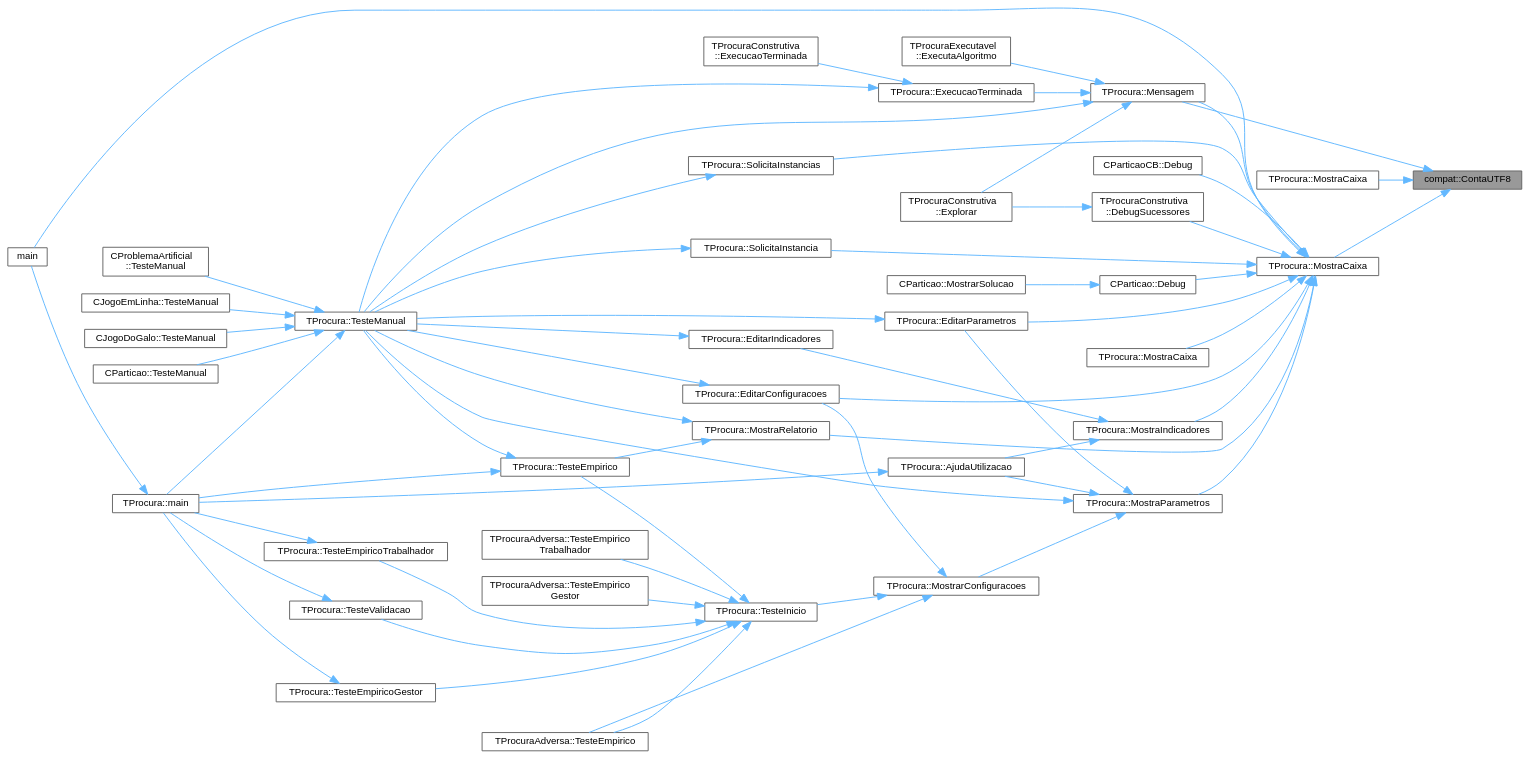
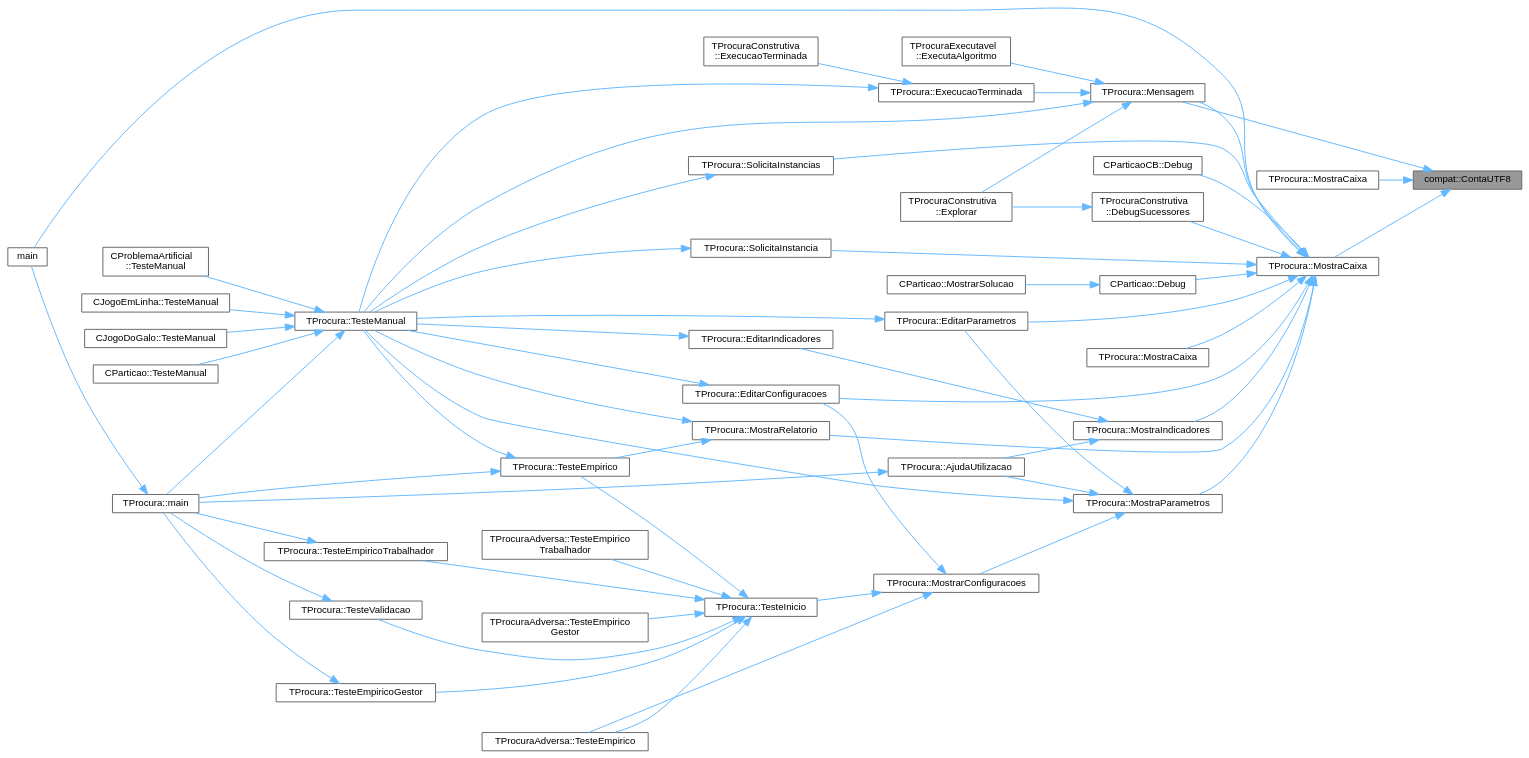
One commit to jcoelho72/TProcura changed the diagram in namespacecompat_a2cc00022a29bc0fc08165228956a10f5_icgraph.dot. Above: the diagram before and after it, drawn with Graphviz. The commit also changed 252 other files, not shown here.

```diff
--- a/namespacecompat_a2cc00022a29bc0fc08165228956a10f5_icgraph.dot
+++ b/namespacecompat_a2cc00022a29bc0fc08165228956a10f5_icgraph.dot
@@ -70,19 +70,19 @@
   Node27 [id="Node000027",label="TProcura::MostrarConfiguracoes",height=0.2,width=0.4,color="grey40", fillcolor="white", style="filled",URL="$classTProcura.html#a3332047124784be2fc7af575a5f7f8b5",tooltip="Mostra as configurações disponíveis."];
   Node27 -> Node20 [id="edge37_Node000027_Node000020",dir="back",color="steelblue1",style="solid",tooltip=" "];
   Node27 -> Node28 [id="edge38_Node000027_Node000028",dir="back",color="steelblue1",style="solid",tooltip=" "];
-  Node28 [id="Node000028",label="TProcuraAdversa::TesteEmpirico",height=0.2,width=0.4,color="grey40", fillcolor="white", style="filled",URL="$classTProcuraAdversa.html#a80cd0f481e853ad9ef5625c6ff4dcc66",tooltip=" "];
+  Node28 [id="Node000028",label="TProcuraAdversa::TesteEmpirico",height=0.2,width=0.4,color="grey40", fillcolor="white", style="filled",URL="$classTProcuraAdversa.html#a28a5f137a2b5aa8d783646d2fbbff511",tooltip="Executa testes empíricos, em todas as configurações guardadas, nas instâncias selecionadas."];
   Node27 -> Node29 [id="edge39_Node000027_Node000029",dir="back",color="steelblue1",style="solid",tooltip=" "];
   Node29 [id="Node000029",label="TProcura::TesteInicio",height=0.2,width=0.4,color="grey40", fillcolor="white", style="filled",URL="$classTProcura.html#a577697338460038138738e87157166af",tooltip="arranque de teste, auxiliar aos Testes Empíricos"];
-  Node29 -> Node28 [id="edge40_Node000029_Node000028",dir="back",color="steelblue1",style="solid",tooltip=" "];
-  Node29 -> Node30 [id="edge41_Node000029_Node000030",dir="back",color="steelblue1",style="solid",tooltip=" "];
+  Node29 -> Node30 [id="edge40_Node000029_Node000030",dir="back",color="steelblue1",style="solid",tooltip=" "];
   Node30 [id="Node000030",label="TProcura::TesteEmpirico",height=0.2,width=0.4,color="grey40", fillcolor="white", style="filled",URL="$classTProcura.html#a8c1c5953b4f1a6425840194f6e849b37",tooltip="Executa testes empíricos, em todas as configurações guardadas, nas instâncias selecionadas."];
-  Node30 -> Node6 [id="edge42_Node000030_Node000006",dir="back",color="steelblue1",style="solid",tooltip=" "];
-  Node30 -> Node5 [id="edge43_Node000030_Node000005",dir="back",color="steelblue1",style="solid",tooltip=" "];
+  Node30 -> Node6 [id="edge41_Node000030_Node000006",dir="back",color="steelblue1",style="solid",tooltip=" "];
+  Node30 -> Node5 [id="edge42_Node000030_Node000005",dir="back",color="steelblue1",style="solid",tooltip=" "];
+  Node29 -> Node28 [id="edge43_Node000029_Node000028",dir="back",color="steelblue1",style="solid",tooltip=" "];
   Node29 -> Node31 [id="edge44_Node000029_Node000031",dir="back",color="steelblue1",style="solid",tooltip=" "];
-  Node31 [id="Node000031",label="TProcuraAdversa::TesteEmpirico\lGestor",height=0.2,width=0.4,color="grey40", fillcolor="white", style="filled",URL="$classTProcuraAdversa.html#ac578f2a2b01d400231f85bfc79f5ae28",tooltip="Teste empírico com modo mestre-escravo (este é o mestre)"];
-  Node29 -> Node32 [id="edge45_Node000029_Node000032",dir="back",color="steelblue1",style="solid",tooltip=" "];
-  Node32 [id="Node000032",label="TProcura::TesteEmpiricoGestor",height=0.2,width=0.4,color="grey40", fillcolor="white", style="filled",URL="$classTProcura.html#af0acd6ff0a8eeeda30577df685ed3fbe",tooltip="Teste empírico com modo mestre-escravo (este é o mestre)"];
-  Node32 -> Node6 [id="edge46_Node000032_Node000006",dir="back",color="steelblue1",style="solid",tooltip=" "];
+  Node31 [id="Node000031",label="TProcura::TesteEmpiricoGestor",height=0.2,width=0.4,color="grey40", fillcolor="white", style="filled",URL="$classTProcura.html#af0acd6ff0a8eeeda30577df685ed3fbe",tooltip="Teste empírico com modo mestre-escravo (este é o mestre)"];
+  Node31 -> Node6 [id="edge45_Node000031_Node000006",dir="back",color="steelblue1",style="solid",tooltip=" "];
+  Node29 -> Node32 [id="edge46_Node000029_Node000032",dir="back",color="steelblue1",style="solid",tooltip=" "];
+  Node32 [id="Node000032",label="TProcuraAdversa::TesteEmpirico\lGestor",height=0.2,width=0.4,color="grey40", fillcolor="white", style="filled",URL="$classTProcuraAdversa.html#a8008aa683c400565c74772ef52252de9",tooltip="Teste empírico com modo mestre-escravo (este é o mestre)"];
   Node29 -> Node33 [id="edge47_Node000029_Node000033",dir="back",color="steelblue1",style="solid",tooltip=" "];
   Node33 [id="Node000033",label="TProcura::TesteEmpiricoTrabalhador",height=0.2,width=0.4,color="grey40", fillcolor="white", style="filled",URL="$classTProcura.html#a79047083f0756a123a7e489027d48c3a",tooltip="Teste empírico com modo mestre-escravo (este é o escravo)"];
   Node33 -> Node6 [id="edge48_Node000033_Node000006",dir="back",color="steelblue1",style="solid",tooltip=" "];
```
